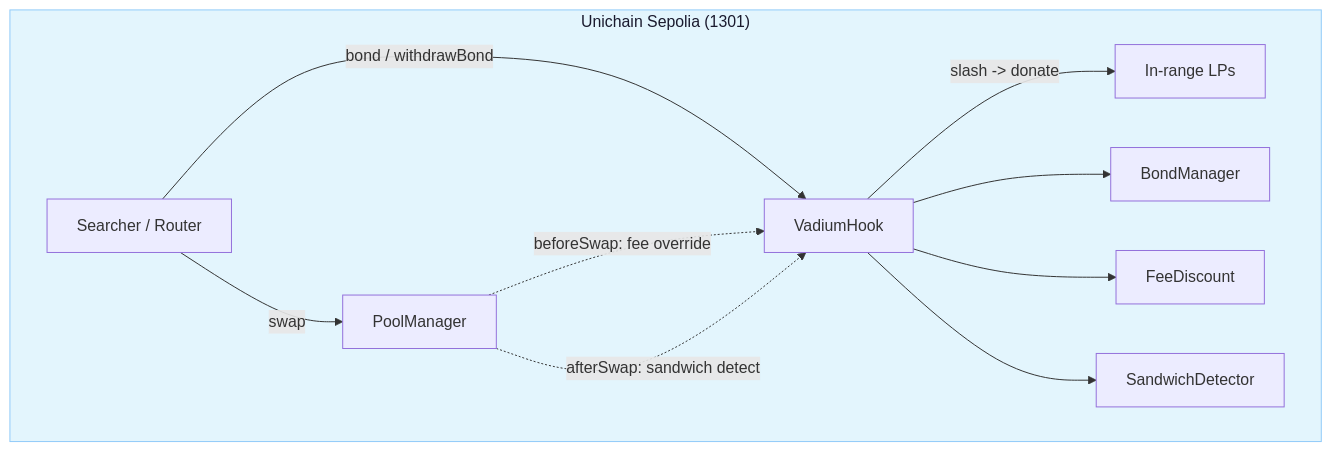
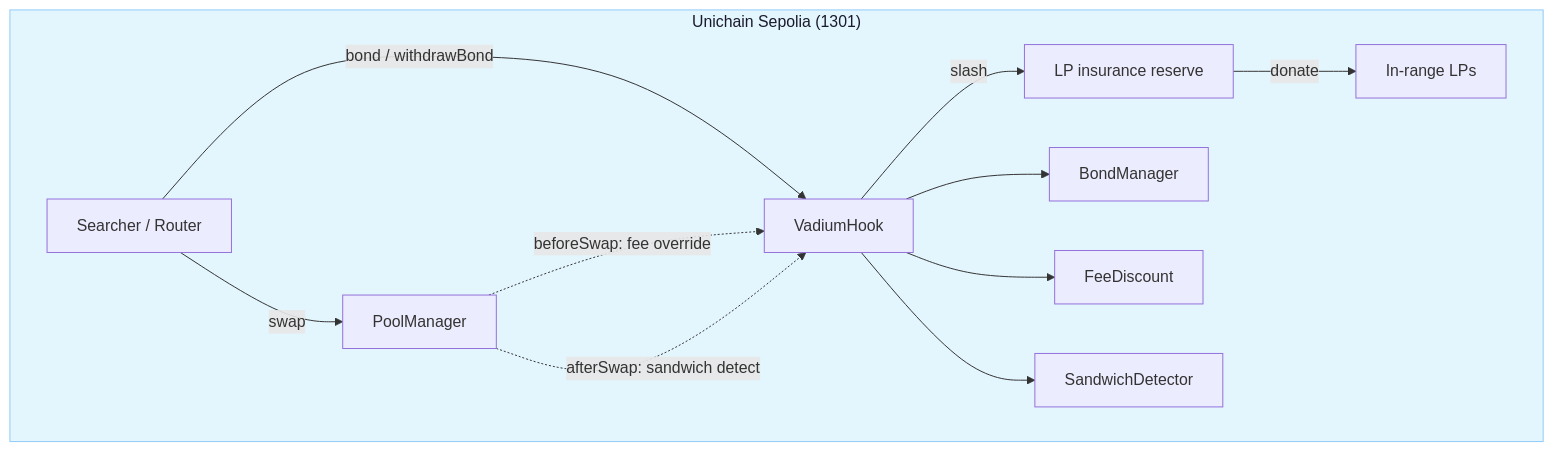
The diagram in README.md (Majormaxx/vadium), drawn with Mermaid before and after one commit. The commit also changed other lines of this file and 1 other file, not shown here.

````diff
--- a/README.md
+++ b/README.md
@@ -29,15 +35,16 @@
 ```mermaid
 flowchart TB
     subgraph Unichain["Unichain Sepolia (1301)"]
         Searcher[Searcher / Router] -->|bond / withdrawBond| V[VadiumHook]
         Searcher -->|swap| PM[PoolManager]
         PM -.->|beforeSwap: fee override| V
         PM -.->|afterSwap: sandwich detect| V
-        V -->|slash -> donate| LP[In-range LPs]
+        V -->|slash| R[LP insurance reserve]
+        R -->|donate| LP[In-range LPs]
         V[VadiumHook] --> B[BondManager]
         V --> F[FeeDiscount]
         V --> D[SandwichDetector]
     end
 
     style Unichain fill:#e3f5fd,color:#1a1a2e,stroke:#90caf9
 ```
````
